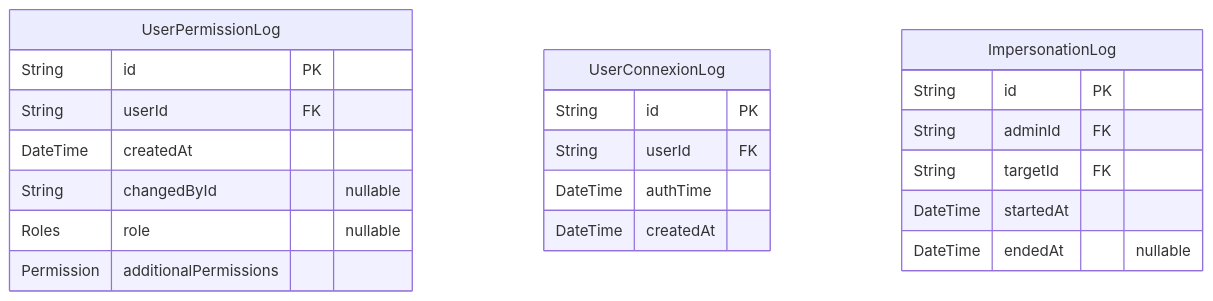
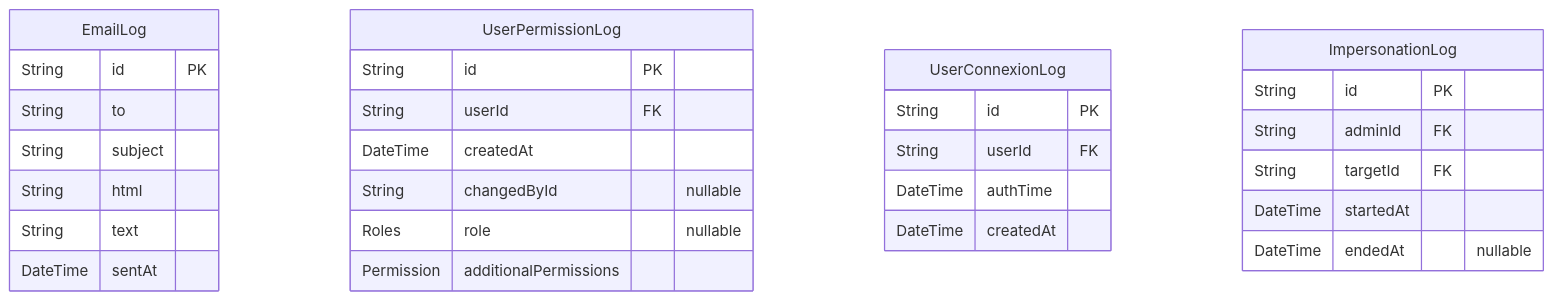
One commit to dnum-mi/referentiel-applications changed diagram 14 of 14 in backend/prisma/docs/schema.md. Above: the diagram before and after it, drawn with Mermaid. The commit also changed other lines of this file and 11 other files, not shown here.

````diff
--- a/backend/prisma/docs/schema.md
+++ b/backend/prisma/docs/schema.md
@@ -1123,24 +1123,32 @@
 ```mermaid
 erDiagram
+"EmailLog" {
+  String id PK
+  String to
+  String subject
+  String html
+  String text
+  DateTime sentAt
+}
 "UserPermissionLog" {
   String id PK
   String userId FK
   DateTime createdAt
   String changedById "nullable"
   Roles role "nullable"
   Permission additionalPermissions
 }
 "UserConnexionLog" {
   String id PK
   String userId FK
   DateTime authTime
   DateTime createdAt
 }
 "ImpersonationLog" {
   String id PK
   String adminId FK
   String targetId FK
   DateTime startedAt
   DateTime endedAt "nullable"
 }
 ```
````
